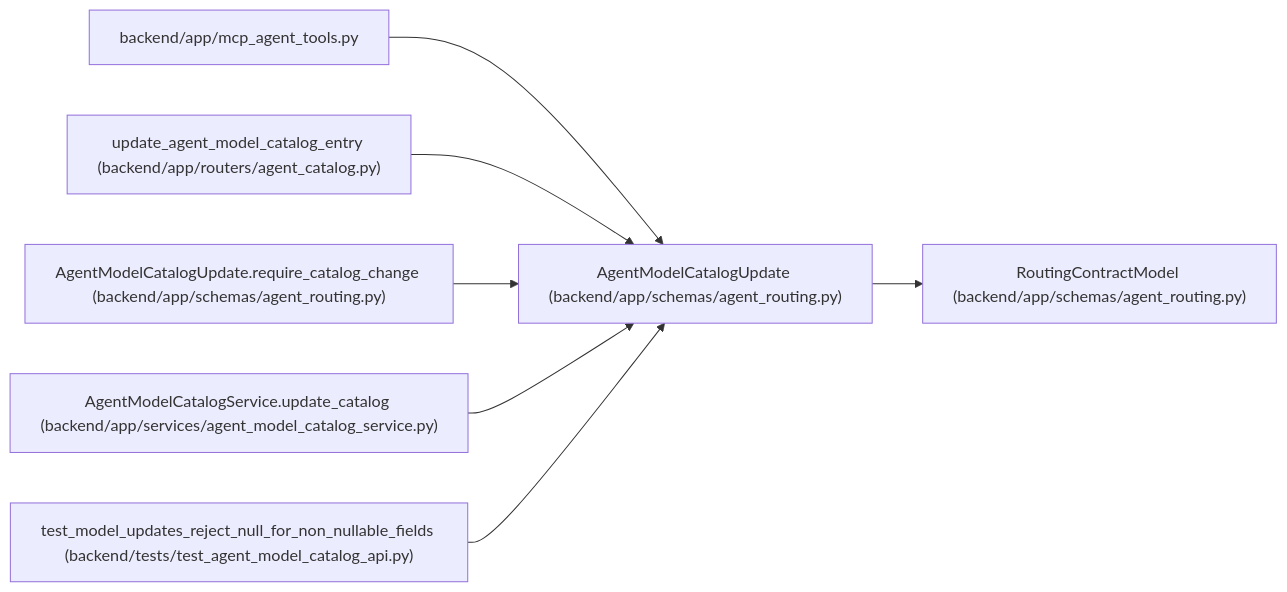
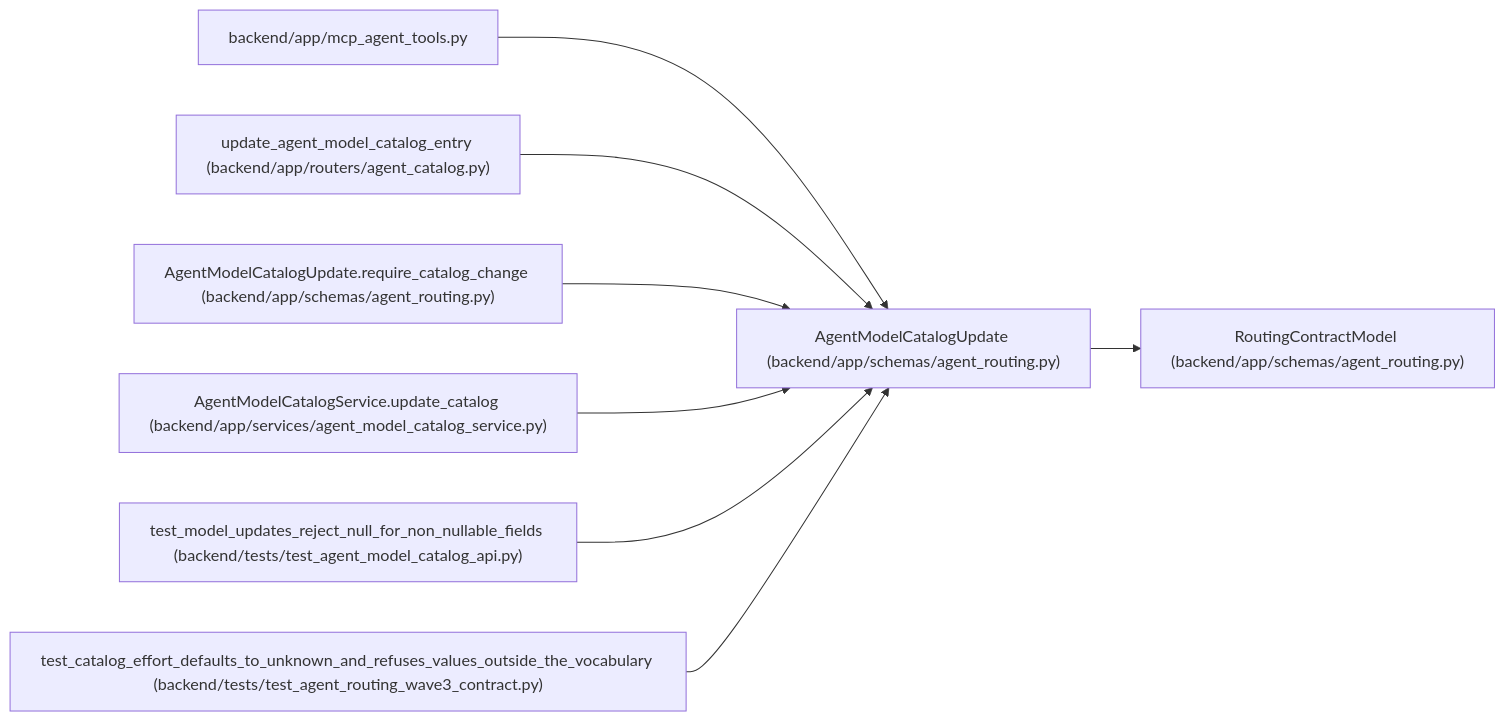
One commit to Denissvgn/WorkChord changed the diagram in docs/llm_wiki/entities/agent_routing_AgentModelCatalogUpdate.md. Above: the diagram before and after it, drawn with Mermaid. The commit also changed other lines of this file and 772 other files, not shown here.

Commit message:
Sync the architectural wiki for catalog effort metadata

````diff
--- a/docs/llm_wiki/entities/agent_routing_AgentModelCatalogUpdate.md
+++ b/docs/llm_wiki/entities/agent_routing_AgentModelCatalogUpdate.md
@@ -51,23 +52,26 @@
 ```mermaid
 flowchart LR
     n0["AgentModelCatalogUpdate (backend/app/schemas/agent_routing.py)"]
     n1["RoutingContractModel (backend/app/schemas/agent_routing.py)"]
     n2["backend/app/mcp_agent_tools.py"]
     n3["update_agent_model_catalog_entry (backend/app/routers/agent_catalog.py)"]
     n4["AgentModelCatalogUpdate.require_catalog_change (backend/app/schemas/agent_routing.py)"]
     n5["AgentModelCatalogService.update_catalog (backend/app/services/agent_model_catalog_service.py)"]
     n6["test_model_updates_reject_null_for_non_nullable_fields (backend/tests/test_agent_model_catalog_api.py)"]
+    n7["test_catalog_effort_defaults_to_unknown_and_refuses_values_outside_the_vocabulary (backend/tests/test_agent_routing_wave3_contract.py)"]
     n0 --> n1
     n2 --> n0
     n3 --> n0
     n4 --> n0
     n5 --> n0
     n6 --> n0
+    n7 --> n0
     click n0 "../modules/agent_routing.md"
     click n1 "../modules/agent_routing.md"
     click n2 "../modules/mcp_agent_tools.md"
     click n3 "../modules/agent_catalog.md"
     click n4 "../modules/agent_routing.md"
     click n5 "../modules/agent_model_catalog_service.md"
     click n6 "../modules/test_agent_model_catalog_api.md"
+    click n7 "../modules/test_agent_routing_wave3_contract.md"
 ```
````
